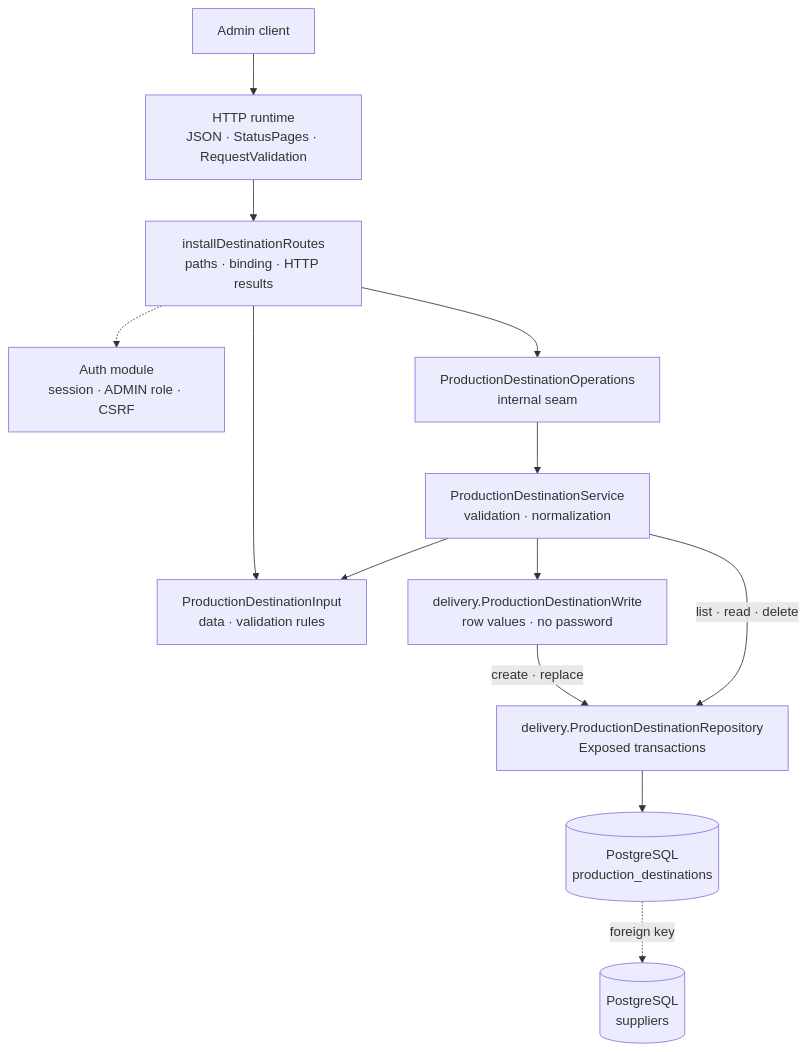
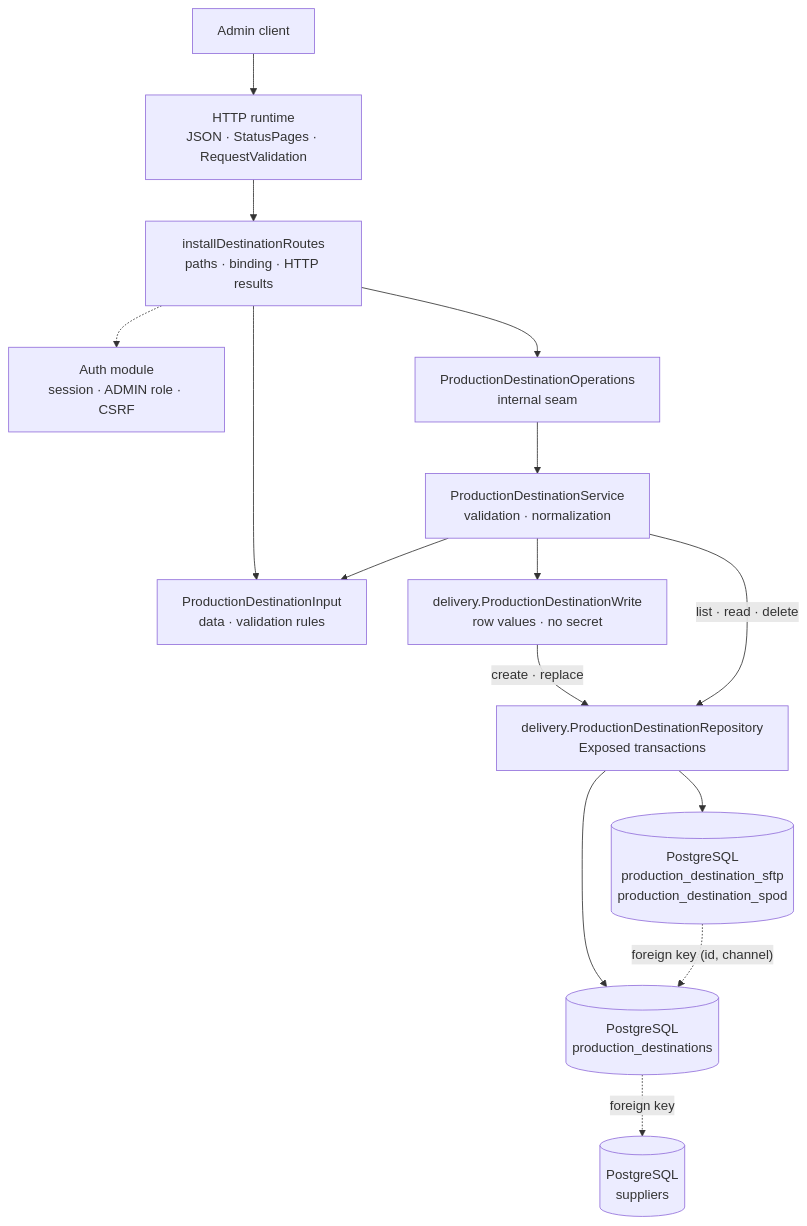
One commit to bitstorm-tech/voenix-shop-kotlin changed the second of 2 diagrams in docs/dev/backend/production-package.md. Above: the diagram before and after it, drawn with Mermaid. The commit also changed other lines of this file and 17 other files, not shown here.

First line of the commit message:
T08: production destination channel rework with per-channel detail tables (#213)

````diff
--- a/docs/dev/backend/production-package.md
+++ b/docs/dev/backend/production-package.md
@@ -158,26 +168,29 @@
 ```mermaid
 flowchart TB
     Client["Admin client"]
     Http["HTTP runtime<br/>JSON · StatusPages · RequestValidation"]
     Auth["Auth module<br/>session · ADMIN role · CSRF"]
     Routes["installDestinationRoutes<br/>paths · binding · HTTP results"]
     Input["ProductionDestinationInput<br/>data · validation rules"]
     Operations["ProductionDestinationOperations<br/>internal seam"]
     Service["ProductionDestinationService<br/>validation · normalization"]
-    Write["delivery.ProductionDestinationWrite<br/>row values · no password"]
+    Write["delivery.ProductionDestinationWrite<br/>row values · no secret"]
     Repository["delivery.ProductionDestinationRepository<br/>Exposed transactions"]
     Destinations[("PostgreSQL<br/>production_destinations")]
+    Details[("PostgreSQL<br/>production_destination_sftp<br/>production_destination_spod")]
     Suppliers[("PostgreSQL<br/>suppliers")]
 
     Client --> Http --> Routes
     Routes -.-> Auth
     Routes --> Input
     Routes --> Operations
     Operations --> Service
     Service --> Input
     Service --> Write
     Write -->|"create · replace"| Repository
     Service -->|"list · read · delete"| Repository
     Repository --> Destinations
+    Repository --> Details
+    Details -.->|"foreign key (id, channel)"| Destinations
     Destinations -.->|"foreign key"| Suppliers
 ```
````
